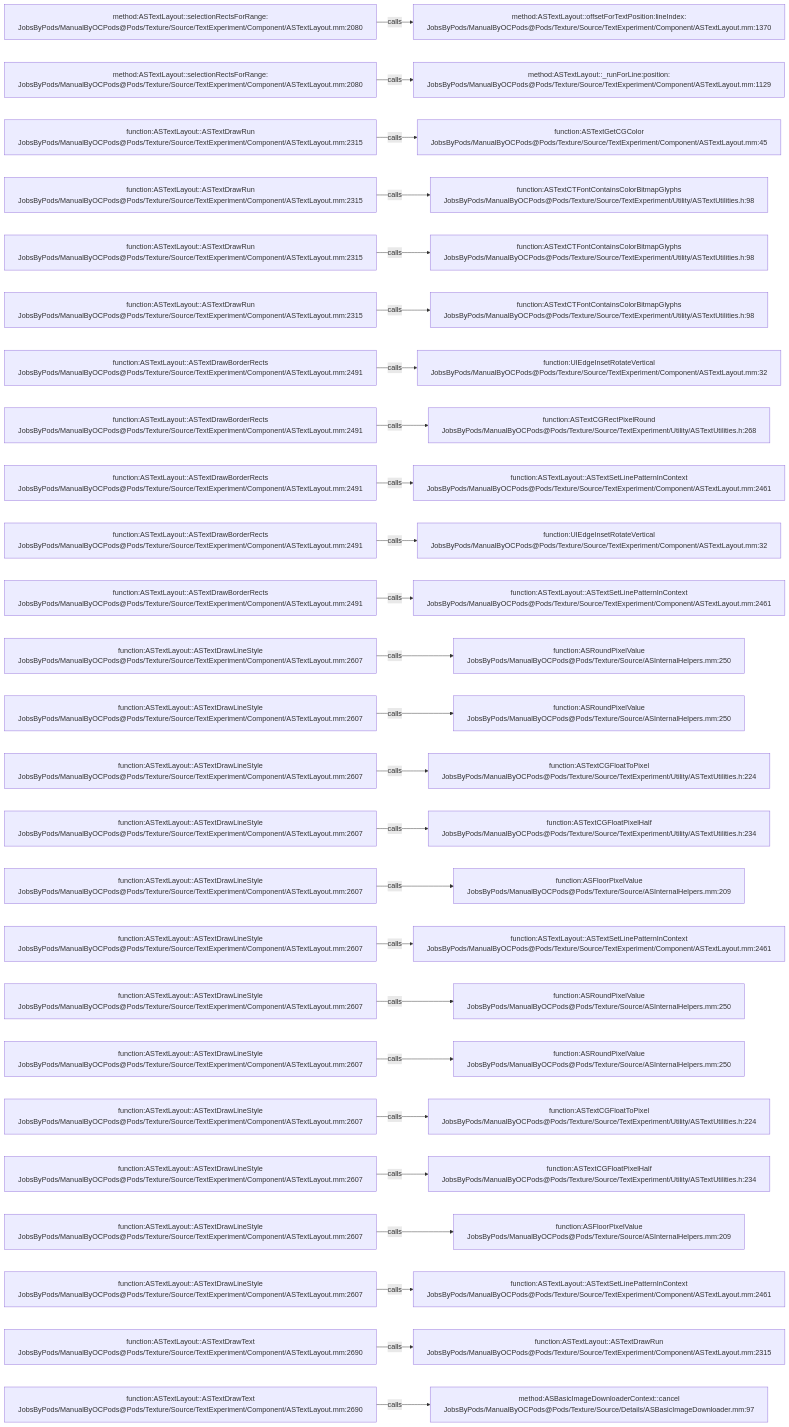
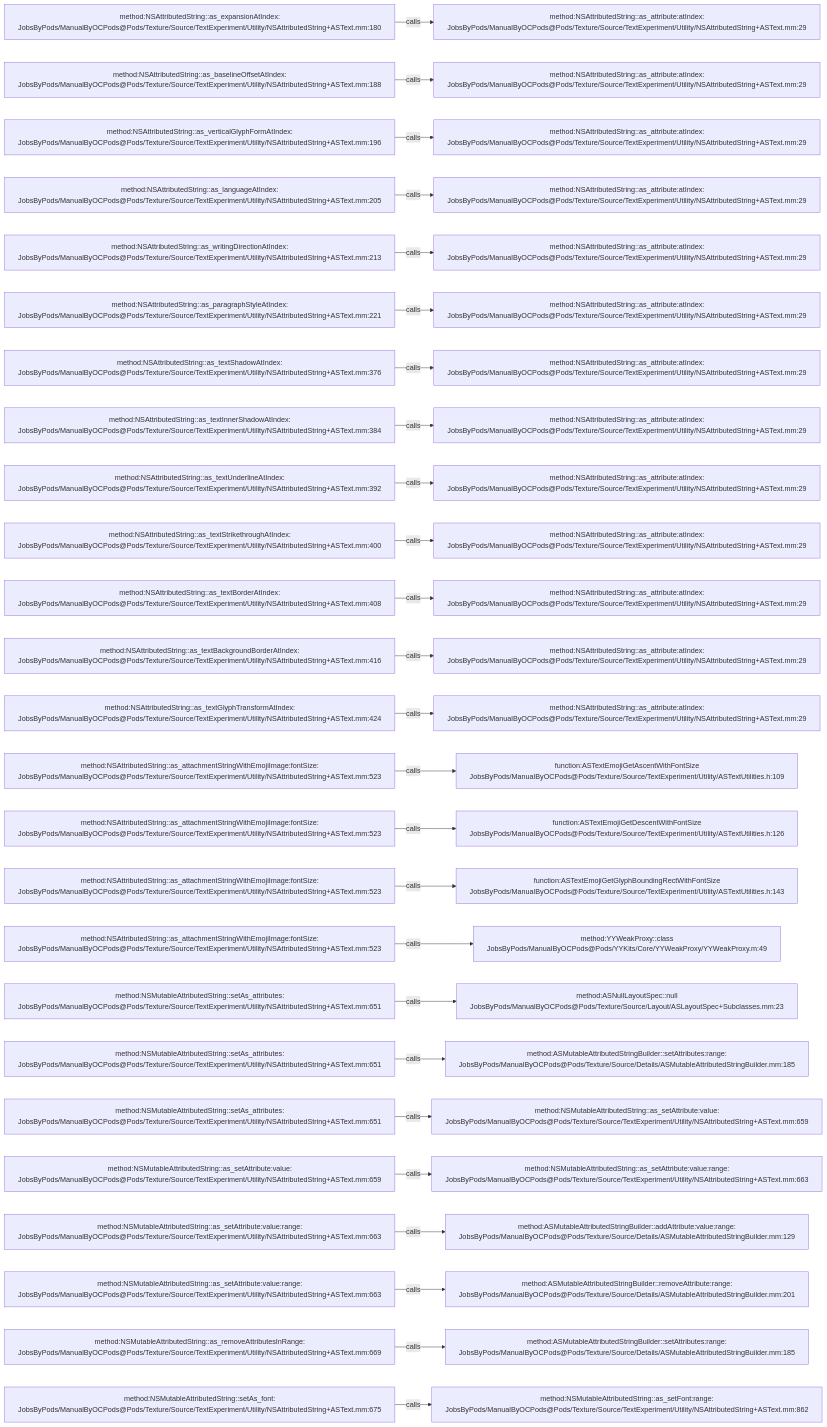
One commit to JobsKits/JobsOCBaseConfigDemo changed the diagram in .codegraph/codegraph.md/graphs/calls-196.md. Above: the diagram before and after it, drawn with Mermaid. The commit also changed 2723 other files, not shown here.

````diff
--- a/.codegraph/codegraph.md/graphs/calls-196.md
+++ b/.codegraph/codegraph.md/graphs/calls-196.md
@@ -13,78 +13,78 @@
 ```mermaid
 flowchart LR
-  S1["method:ASTextLayout::selectionRectsForRange:<br/>JobsByPods/ManualByOCPods@Pods/Texture/Source/TextExperiment/Component/ASTextLayout.mm:2080"]
-  T1["method:ASTextLayout::offsetForTextPosition:lineIndex:<br/>JobsByPods/ManualByOCPods@Pods/Texture/Source/TextExperiment/Component/ASTextLayout.mm:1370"]
+  S1["method:NSAttributedString::as_expansionAtIndex:<br/>JobsByPods/ManualByOCPods@Pods/Texture/Source/TextExperiment/Utility/NSAttributedString+ASText.mm:180"]
+  T1["method:NSAttributedString::as_attribute:atIndex:<br/>JobsByPods/ManualByOCPods@Pods/Texture/Source/TextExperiment/Utility/NSAttributedString+ASText.mm:29"]
   S1 -->|calls| T1
-  S2["method:ASTextLayout::selectionRectsForRange:<br/>JobsByPods/ManualByOCPods@Pods/Texture/Source/TextExperiment/Component/ASTextLayout.mm:2080"]
-  T2["method:ASTextLayout::_runForLine:position:<br/>JobsByPods/ManualByOCPods@Pods/Texture/Source/TextExperiment/Component/ASTextLayout.mm:1129"]
+  S2["method:NSAttributedString::as_baselineOffsetAtIndex:<br/>JobsByPods/ManualByOCPods@Pods/Texture/Source/TextExperiment/Utility/NSAttributedString+ASText.mm:188"]
+  T2["method:NSAttributedString::as_attribute:atIndex:<br/>JobsByPods/ManualByOCPods@Pods/Texture/Source/TextExperiment/Utility/NSAttributedString+ASText.mm:29"]
   S2 -->|calls| T2
-  S3["function:ASTextLayout::ASTextDrawRun<br/>JobsByPods/ManualByOCPods@Pods/Texture/Source/TextExperiment/Component/ASTextLayout.mm:2315"]
-  T3["function:ASTextGetCGColor<br/>JobsByPods/ManualByOCPods@Pods/Texture/Source/TextExperiment/Component/ASTextLayout.mm:45"]
+  S3["method:NSAttributedString::as_verticalGlyphFormAtIndex:<br/>JobsByPods/ManualByOCPods@Pods/Texture/Source/TextExperiment/Utility/NSAttributedString+ASText.mm:196"]
+  T3["method:NSAttributedString::as_attribute:atIndex:<br/>JobsByPods/ManualByOCPods@Pods/Texture/Source/TextExperiment/Utility/NSAttributedString+ASText.mm:29"]
   S3 -->|calls| T3
-  S4["function:ASTextLayout::ASTextDrawRun<br/>JobsByPods/ManualByOCPods@Pods/Texture/Source/TextExperiment/Component/ASTextLayout.mm:2315"]
-  T4["function:ASTextCTFontContainsColorBitmapGlyphs<br/>JobsByPods/ManualByOCPods@Pods/Texture/Source/TextExperiment/Utility/ASTextUtilities.h:98"]
+  S4["method:NSAttributedString::as_languageAtIndex:<br/>JobsByPods/ManualByOCPods@Pods/Texture/Source/TextExperiment/Utility/NSAttributedString+ASText.mm:205"]
+  T4["method:NSAttributedString::as_attribute:atIndex:<br/>JobsByPods/ManualByOCPods@Pods/Texture/Source/TextExperiment/Utility/NSAttributedString+ASText.mm:29"]
   S4 -->|calls| T4
-  S5["function:ASTextLayout::ASTextDrawRun<br/>JobsByPods/ManualByOCPods@Pods/Texture/Source/TextExperiment/Component/ASTextLayout.mm:2315"]
-  T5["function:ASTextCTFontContainsColorBitmapGlyphs<br/>JobsByPods/ManualByOCPods@Pods/Texture/Source/TextExperiment/Utility/ASTextUtilities.h:98"]
+  S5["method:NSAttributedString::as_writingDirectionAtIndex:<br/>JobsByPods/ManualByOCPods@Pods/Texture/Source/TextExperiment/Utility/NSAttributedString+ASText.mm:213"]
+  T5["method:NSAttributedString::as_attribute:atIndex:<br/>JobsByPods/ManualByOCPods@Pods/Texture/Source/TextExperiment/Utility/NSAttributedString+ASText.mm:29"]
   S5 -->|calls| T5
-  S6["function:ASTextLayout::ASTextDrawRun<br/>JobsByPods/ManualByOCPods@Pods/Texture/Source/TextExperiment/Component/ASTextLayout.mm:2315"]
-  T6["function:ASTextCTFontContainsColorBitmapGlyphs<br/>JobsByPods/ManualByOCPods@Pods/Texture/Source/TextExperiment/Utility/ASTextUtilities.h:98"]
+  S6["method:NSAttributedString::as_paragraphStyleAtIndex:<br/>JobsByPods/ManualByOCPods@Pods/Texture/Source/TextExperiment/Utility/NSAttributedString+ASText.mm:221"]
+  T6["method:NSAttributedString::as_attribute:atIndex:<br/>JobsByPods/ManualByOCPods@Pods/Texture/Source/TextExperiment/Utility/NSAttributedString+ASText.mm:29"]
   S6 -->|calls| T6
-  S7["function:ASTextLayout::ASTextDrawBorderRects<br/>JobsByPods/ManualByOCPods@Pods/Texture/Source/TextExperiment/Component/ASTextLayout.mm:2491"]
-  T7["function:UIEdgeInsetRotateVertical<br/>JobsByPods/ManualByOCPods@Pods/Texture/Source/TextExperiment/Component/ASTextLayout.mm:32"]
+  S7["method:NSAttributedString::as_textShadowAtIndex:<br/>JobsByPods/ManualByOCPods@Pods/Texture/Source/TextExperiment/Utility/NSAttributedString+ASText.mm:376"]
+  T7["method:NSAttributedString::as_attribute:atIndex:<br/>JobsByPods/ManualByOCPods@Pods/Texture/Source/TextExperiment/Utility/NSAttributedString+ASText.mm:29"]
   S7 -->|calls| T7
-  S8["function:ASTextLayout::ASTextDrawBorderRects<br/>JobsByPods/ManualByOCPods@Pods/Texture/Source/TextExperiment/Component/ASTextLayout.mm:2491"]
-  T8["function:ASTextCGRectPixelRound<br/>JobsByPods/ManualByOCPods@Pods/Texture/Source/TextExperiment/Utility/ASTextUtilities.h:268"]
+  S8["method:NSAttributedString::as_textInnerShadowAtIndex:<br/>JobsByPods/ManualByOCPods@Pods/Texture/Source/TextExperiment/Utility/NSAttributedString+ASText.mm:384"]
+  T8["method:NSAttributedString::as_attribute:atIndex:<br/>JobsByPods/ManualByOCPods@Pods/Texture/Source/TextExperiment/Utility/NSAttributedString+ASText.mm:29"]
   S8 -->|calls| T8
-  S9["function:ASTextLayout::ASTextDrawBorderRects<br/>JobsByPods/ManualByOCPods@Pods/Texture/Source/TextExperiment/Component/ASTextLayout.mm:2491"]
-  T9["function:ASTextLayout::ASTextSetLinePatternInContext<br/>JobsByPods/ManualByOCPods@Pods/Texture/Source/TextExperiment/Component/ASTextLayout.mm:2461"]
+  S9["method:NSAttributedString::as_textUnderlineAtIndex:<br/>JobsByPods/ManualByOCPods@Pods/Texture/Source/TextExperiment/Utility/NSAttributedString+ASText.mm:392"]
+  T9["method:NSAttributedString::as_attribute:atIndex:<br/>JobsByPods/ManualByOCPods@Pods/Texture/Source/TextExperiment/Utility/NSAttributedString+ASText.mm:29"]
   S9 -->|calls| T9
-  S10["function:ASTextLayout::ASTextDrawBorderRects<br/>JobsByPods/ManualByOCPods@Pods/Texture/Source/TextExperiment/Component/ASTextLayout.mm:2491"]
-  T10["function:UIEdgeInsetRotateVertical<br/>JobsByPods/ManualByOCPods@Pods/Texture/Source/TextExperiment/Component/ASTextLayout.mm:32"]
+  S10["method:NSAttributedString::as_textStrikethroughAtIndex:<br/>JobsByPods/ManualByOCPods@Pods/Texture/Source/TextExperiment/Utility/NSAttributedString+ASText.mm:400"]
+  T10["method:NSAttributedString::as_attribute:atIndex:<br/>JobsByPods/ManualByOCPods@Pods/Texture/Source/TextExperiment/Utility/NSAttributedString+ASText.mm:29"]
   S10 -->|calls| T10
-  S11["function:ASTextLayout::ASTextDrawBorderRects<br/>JobsByPods/ManualByOCPods@Pods/Texture/Source/TextExperiment/Component/ASTextLayout.mm:2491"]
-  T11["function:ASTextLayout::ASTextSetLinePatternInContext<br/>JobsByPods/ManualByOCPods@Pods/Texture/Source/TextExperiment/Component/ASTextLayout.mm:2461"]
+  S11["method:NSAttributedString::as_textBorderAtIndex:<br/>JobsByPods/ManualByOCPods@Pods/Texture/Source/TextExperiment/Utility/NSAttributedString+ASText.mm:408"]
+  T11["method:NSAttributedString::as_attribute:atIndex:<br/>JobsByPods/ManualByOCPods@Pods/Texture/Source/TextExperiment/Utility/NSAttributedString+ASText.mm:29"]
   S11 -->|calls| T11
-  S12["function:ASTextLayout::ASTextDrawLineStyle<br/>JobsByPods/ManualByOCPods@Pods/Texture/Source/TextExperiment/Component/ASTextLayout.mm:2607"]
-  T12["function:ASRoundPixelValue<br/>JobsByPods/ManualByOCPods@Pods/Texture/Source/ASInternalHelpers.mm:250"]
+  S12["method:NSAttributedString::as_textBackgroundBorderAtIndex:<br/>JobsByPods/ManualByOCPods@Pods/Texture/Source/TextExperiment/Utility/NSAttributedString+ASText.mm:416"]
+  T12["method:NSAttributedString::as_attribute:atIndex:<br/>JobsByPods/ManualByOCPods@Pods/Texture/Source/TextExperiment/Utility/NSAttributedString+ASText.mm:29"]
   S12 -->|calls| T12
-  S13["function:ASTextLayout::ASTextDrawLineStyle<br/>JobsByPods/ManualByOCPods@Pods/Texture/Source/TextExperiment/Component/ASTextLayout.mm:2607"]
-  T13["function:ASRoundPixelValue<br/>JobsByPods/ManualByOCPods@Pods/Texture/Source/ASInternalHelpers.mm:250"]
+  S13["method:NSAttributedString::as_textGlyphTransformAtIndex:<br/>JobsByPods/ManualByOCPods@Pods/Texture/Source/TextExperiment/Utility/NSAttributedString+ASText.mm:424"]
+  T13["method:NSAttributedString::as_attribute:atIndex:<br/>JobsByPods/ManualByOCPods@Pods/Texture/Source/TextExperiment/Utility/NSAttributedString+ASText.mm:29"]
   S13 -->|calls| T13
-  S14["function:ASTextLayout::ASTextDrawLineStyle<br/>JobsByPods/ManualByOCPods@Pods/Texture/Source/TextExperiment/Component/ASTextLayout.mm:2607"]
-  T14["function:ASTextCGFloatToPixel<br/>JobsByPods/ManualByOCPods@Pods/Texture/Source/TextExperiment/Utility/ASTextUtilities.h:224"]
+  S14["method:NSAttributedString::as_attachmentStringWithEmojiImage:fontSize:<br/>JobsByPods/ManualByOCPods@Pods/Texture/Source/TextExperiment/Utility/NSAttributedString+ASText.mm:523"]
+  T14["function:ASTextEmojiGetAscentWithFontSize<br/>JobsByPods/ManualByOCPods@Pods/Texture/Source/TextExperiment/Utility/ASTextUtilities.h:109"]
   S14 -->|calls| T14
-  S15["function:ASTextLayout::ASTextDrawLineStyle<br/>JobsByPods/ManualByOCPods@Pods/Texture/Source/TextExperiment/Component/ASTextLayout.mm:2607"]
-  T15["function:ASTextCGFloatPixelHalf<br/>JobsByPods/ManualByOCPods@Pods/Texture/Source/TextExperiment/Utility/ASTextUtilities.h:234"]
+  S15["method:NSAttributedString::as_attachmentStringWithEmojiImage:fontSize:<br/>JobsByPods/ManualByOCPods@Pods/Texture/Source/TextExperiment/Utility/NSAttributedString+ASText.mm:523"]
+  T15["function:ASTextEmojiGetDescentWithFontSize<br/>JobsByPods/ManualByOCPods@Pods/Texture/Source/TextExperiment/Utility/ASTextUtilities.h:126"]
   S15 -->|calls| T15
-  S16["function:ASTextLayout::ASTextDrawLineStyle<br/>JobsByPods/ManualByOCPods@Pods/Texture/Source/TextExperiment/Component/ASTextLayout.mm:2607"]
-  T16["function:ASFloorPixelValue<br/>JobsByPods/ManualByOCPods@Pods/Texture/Source/ASInternalHelpers.mm:209"]
+  S16["method:NSAttributedString::as_attachmentStringWithEmojiImage:fontSize:<br/>JobsByPods/ManualByOCPods@Pods/Texture/Source/TextExperiment/Utility/NSAttributedString+ASText.mm:523"]
+  T16["function:ASTextEmojiGetGlyphBoundingRectWithFontSize<br/>JobsByPods/ManualByOCPods@Pods/Texture/Source/TextExperiment/Utility/ASTextUtilities.h:143"]
   S16 -->|calls| T16
-  S17["function:ASTextLayout::ASTextDrawLineStyle<br/>JobsByPods/ManualByOCPods@Pods/Texture/Source/TextExperiment/Component/ASTextLayout.mm:2607"]
-  T17["function:ASTextLayout::ASTextSetLinePatternInContext<br/>JobsByPods/ManualByOCPods@Pods/Texture/Source/TextExperiment/Component/ASTextLayout.mm:2461"]
+  S17["method:NSAttributedString::as_attachmentStringWithEmojiImage:fontSize:<br/>JobsByPods/ManualByOCPods@Pods/Texture/Source/TextExperiment/Utility/NSAttributedString+ASText.mm:523"]
+  T17["method:YYWeakProxy::class<br/>JobsByPods/ManualByOCPods@Pods/YYKits/Core/YYWeakProxy/YYWeakProxy.m:49"]
   S17 -->|calls| T17
-  S18["function:ASTextLayout::ASTextDrawLineStyle<br/>JobsByPods/ManualByOCPods@Pods/Texture/Source/TextExperiment/Component/ASTextLayout.mm:2607"]
-  T18["function:ASRoundPixelValue<br/>JobsByPods/ManualByOCPods@Pods/Texture/Source/ASInternalHelpers.mm:250"]
+  S18["method:NSMutableAttributedString::setAs_attributes:<br/>JobsByPods/ManualByOCPods@Pods/Texture/Source/TextExperiment/Utility/NSAttributedString+ASText.mm:651"]
+  T18["method:ASNullLayoutSpec::null<br/>JobsByPods/ManualByOCPods@Pods/Texture/Source/Layout/ASLayoutSpec+Subclasses.mm:23"]
   S18 -->|calls| T18
-  S19["function:ASTextLayout::ASTextDrawLineStyle<br/>JobsByPods/ManualByOCPods@Pods/Texture/Source/TextExperiment/Component/ASTextLayout.mm:2607"]
-  T19["function:ASRoundPixelValue<br/>JobsByPods/ManualByOCPods@Pods/Texture/Source/ASInternalHelpers.mm:250"]
+  S19["method:NSMutableAttributedString::setAs_attributes:<br/>JobsByPods/ManualByOCPods@Pods/Texture/Source/TextExperiment/Utility/NSAttributedString+ASText.mm:651"]
+  T19["method:ASMutableAttributedStringBuilder::setAttributes:range:<br/>JobsByPods/ManualByOCPods@Pods/Texture/Source/Details/ASMutableAttributedStringBuilder.mm:185"]
   S19 -->|calls| T19
-  S20["function:ASTextLayout::ASTextDrawLineStyle<br/>JobsByPods/ManualByOCPods@Pods/Texture/Source/TextExperiment/Component/ASTextLayout.mm:2607"]
-  T20["function:ASTextCGFloatToPixel<br/>JobsByPods/ManualByOCPods@Pods/Texture/Source/TextExperiment/Utility/ASTextUtilities.h:224"]
+  S20["method:NSMutableAttributedString::setAs_attributes:<br/>JobsByPods/ManualByOCPods@Pods/Texture/Source/TextExperiment/Utility/NSAttributedString+ASText.mm:651"]
+  T20["method:NSMutableAttributedString::as_setAttribute:value:<br/>JobsByPods/ManualByOCPods@Pods/Texture/Source/TextExperiment/Utility/NSAttributedString+ASText.mm:659"]
   S20 -->|calls| T20
-  S21["function:ASTextLayout::ASTextDrawLineStyle<br/>JobsByPods/ManualByOCPods@Pods/Texture/Source/TextExperiment/Component/ASTextLayout.mm:2607"]
-  T21["function:ASTextCGFloatPixelHalf<br/>JobsByPods/ManualByOCPods@Pods/Texture/Source/TextExperiment/Utility/ASTextUtilities.h:234"]
+  S21["method:NSMutableAttributedString::as_setAttribute:value:<br/>JobsByPods/ManualByOCPods@Pods/Texture/Source/TextExperiment/Utility/NSAttributedString+ASText.mm:659"]
+  T21["method:NSMutableAttributedString::as_setAttribute:value:range:<br/>JobsByPods/ManualByOCPods@Pods/Texture/Source/TextExperiment/Utility/NSAttributedString+ASText.mm:663"]
   S21 -->|calls| T21
-  S22["function:ASTextLayout::ASTextDrawLineStyle<br/>JobsByPods/ManualByOCPods@Pods/Texture/Source/TextExperiment/Component/ASTextLayout.mm:2607"]
-  T22["function:ASFloorPixelValue<br/>JobsByPods/ManualByOCPods@Pods/Texture/Source/ASInternalHelpers.mm:209"]
+  S22["method:NSMutableAttributedString::as_setAttribute:value:range:<br/>JobsByPods/ManualByOCPods@Pods/Texture/Source/TextExperiment/Utility/NSAttributedString+ASText.mm:663"]
+  T22["method:ASMutableAttributedStringBuilder::addAttribute:value:range:<br/>JobsByPods/ManualByOCPods@Pods/Texture/Source/Details/ASMutableAttributedStringBuilder.mm:129"]
   S22 -->|calls| T22
-  S23["function:ASTextLayout::ASTextDrawLineStyle<br/>JobsByPods/ManualByOCPods@Pods/Texture/Source/TextExperiment/Component/ASTextLayout.mm:2607"]
-  T23["function:ASTextLayout::ASTextSetLinePatternInContext<br/>JobsByPods/ManualByOCPods@Pods/Texture/Source/TextExperiment/Component/ASTextLayout.mm:2461"]
+  S23["method:NSMutableAttributedString::as_setAttribute:value:range:<br/>JobsByPods/ManualByOCPods@Pods/Texture/Source/TextExperiment/Utility/NSAttributedString+ASText.mm:663"]
+  T23["method:ASMutableAttributedStringBuilder::removeAttribute:range:<br/>JobsByPods/ManualByOCPods@Pods/Texture/Source/Details/ASMutableAttributedStringBuilder.mm:201"]
   S23 -->|calls| T23
-  S24["function:ASTextLayout::ASTextDrawText<br/>JobsByPods/ManualByOCPods@Pods/Texture/Source/TextExperiment/Component/ASTextLayout.mm:2690"]
-  T24["function:ASTextLayout::ASTextDrawRun<br/>JobsByPods/ManualByOCPods@Pods/Texture/Source/TextExperiment/Component/ASTextLayout.mm:2315"]
+  S24["method:NSMutableAttributedString::as_removeAttributesInRange:<br/>JobsByPods/ManualByOCPods@Pods/Texture/Source/TextExperiment/Utility/NSAttributedString+ASText.mm:669"]
+  T24["method:ASMutableAttributedStringBuilder::setAttributes:range:<br/>JobsByPods/ManualByOCPods@Pods/Texture/Source/Details/ASMutableAttributedStringBuilder.mm:185"]
   S24 -->|calls| T24
-  S25["function:ASTextLayout::ASTextDrawText<br/>JobsByPods/ManualByOCPods@Pods/Texture/Source/TextExperiment/Component/ASTextLayout.mm:2690"]
-  T25["method:ASBasicImageDownloaderContext::cancel<br/>JobsByPods/ManualByOCPods@Pods/Texture/Source/Details/ASBasicImageDownloader.mm:97"]
+  S25["method:NSMutableAttributedString::setAs_font:<br/>JobsByPods/ManualByOCPods@Pods/Texture/Source/TextExperiment/Utility/NSAttributedString+ASText.mm:675"]
+  T25["method:NSMutableAttributedString::as_setFont:range:<br/>JobsByPods/ManualByOCPods@Pods/Texture/Source/TextExperiment/Utility/NSAttributedString+ASText.mm:862"]
   S25 -->|calls| T25
 ```
````
